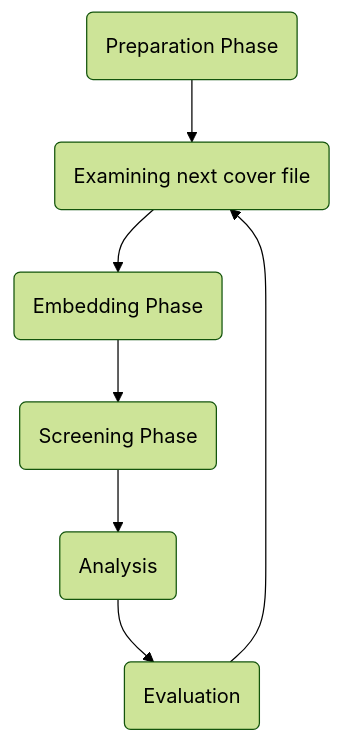
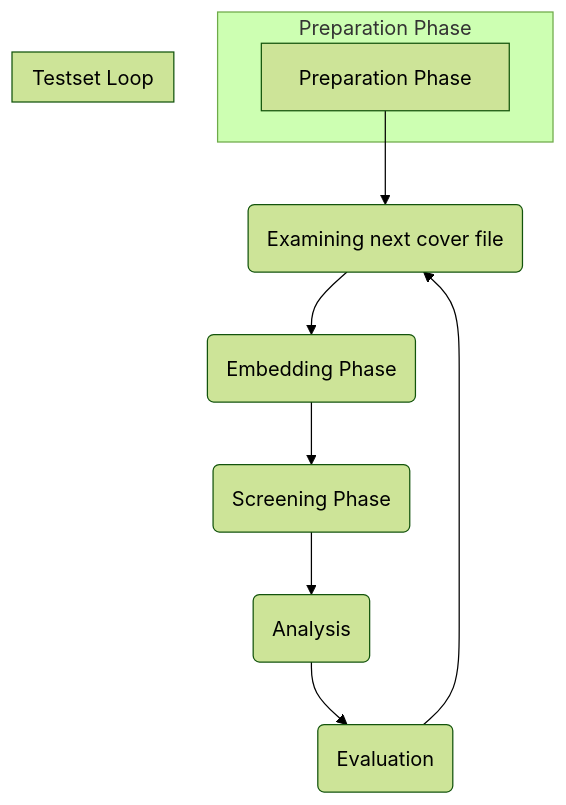
One commit to bh-8/amsl-it-security-projects changed the diagram in SMKITS5/README.md. Above: the diagram before and after it, drawn with Mermaid (forest theme).

````diff
--- a/SMKITS5/README.md
+++ b/SMKITS5/README.md
@@ -78,15 +78,21 @@
     ```mermaid
     flowchart TB;
-        prep(Preparation Phase)
+        subgraph "Preparation Phase"
+        prep["Preparation Phase"]
+        end
+        subgraph "Testset Loop"
+        
+        end
+        
         cover(Examining next cover file)
         embed(Embedding Phase)
         screening(Screening Phase)
         analysis(Analysis)
         eval(Evaluation)
         prep-->cover
         cover-->embed
         embed-->screening
         screening-->analysis
         analysis-->eval
         eval-->cover
     ```
````
